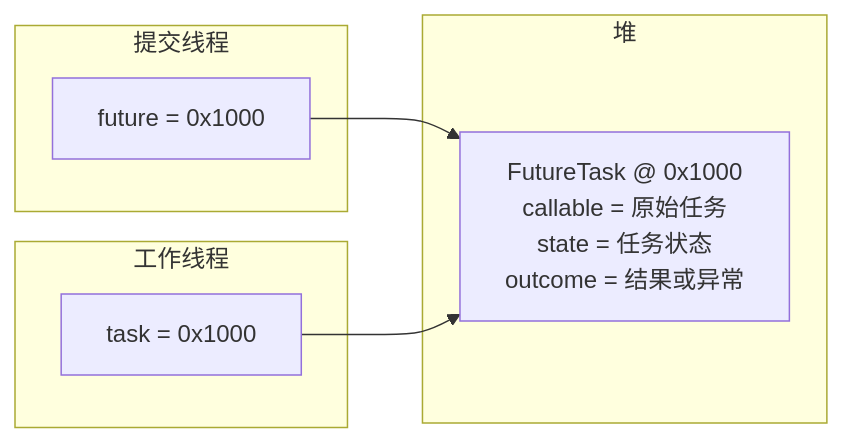
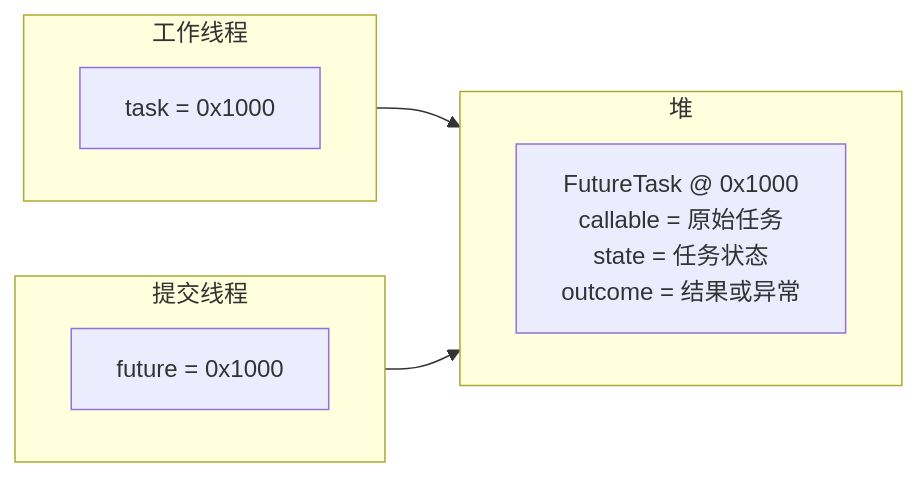
The diagram in images/Java-concurrency/IMG-20260707-000067.mmd (rebibabo/rebibabo.github.io), drawn with Mermaid before and after one commit. The commit also changed 90 other files, not shown here.

```diff
--- a/images/Java-concurrency/IMG-20260707-000067.mmd
+++ b/images/Java-concurrency/IMG-20260707-000067.mmd
@@ -1,12 +1,15 @@
 graph LR
     subgraph Sub["提交线程"]
+        direction LR
         future["future = 0x1000"]
     end
     subgraph Worker["工作线程"]
+        direction LR
         task["task = 0x1000"]
     end
     subgraph Heap["堆"]
+        direction LR
         ft["FutureTask @ 0x1000<br>callable = 原始任务<br>state = 任务状态<br>outcome = 结果或异常"]
     end
     future --> ft
     task --> ft
```
